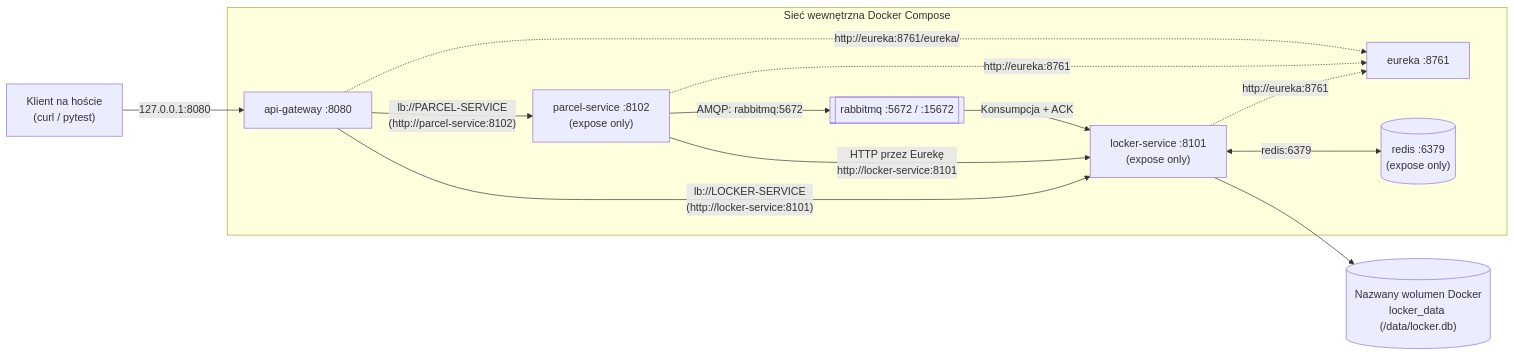
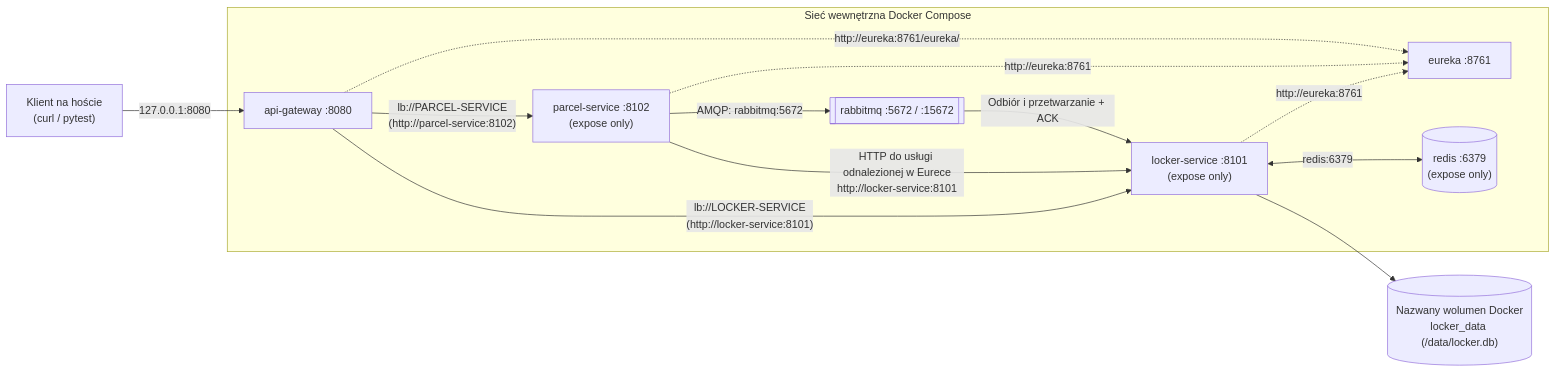
Before and after one commit to wgalka/PAWOoM: the diagram in 2026_2027/lab6/README.md, drawn with Mermaid. The commit also changed other lines of this file and 14 other files, not shown here.

```diff
--- a/2026_2027/lab6/README.md
+++ b/2026_2027/lab6/README.md
@@ -105,26 +105,26 @@
 <pre class="mermaid">
 flowchart LR
     Client["Klient na hoście<br/>(curl / pytest)"] -->|"127.0.0.1:8080"| GW
 
     subgraph DockerNet["Sieć wewnętrzna Docker Compose"]
         GW["api-gateway :8080"]
         EU["eureka :8761"]
         S1["locker-service :8101<br/>(expose only)"]
         S2["parcel-service :8102<br/>(expose only)"]
         RD[("redis :6379<br/>(expose only)")]
         RMQ[["rabbitmq :5672 / :15672"]]
 
         GW -->|"lb://LOCKER-SERVICE<br/>(http://locker-service:8101)"| S1
         GW -->|"lb://PARCEL-SERVICE<br/>(http://parcel-service:8102)"| S2
-        S2 -->|"HTTP przez Eurekę<br/>http://locker-service:8101"| S1
+        S2 -->|"HTTP do usługi odnalezionej w Eurece<br/>http://locker-service:8101"| S1
         S2 -->|"AMQP: rabbitmq:5672"| RMQ
-        RMQ -->|"Konsumpcja + ACK"| S1
+        RMQ -->|"Odbiór i przetwarzanie + ACK"| S1
         S1 <-->|"redis:6379"| RD
         S1 -.->|"http://eureka:8761"| EU
         S2 -.->|"http://eureka:8761"| EU
         GW -.->|"http://eureka:8761/eureka/"| EU
     end
 
     VOL[("Nazwany wolumen Docker<br/>locker_data (/data/locker.db)")]
     S1 --> VOL
 </pre>
```
